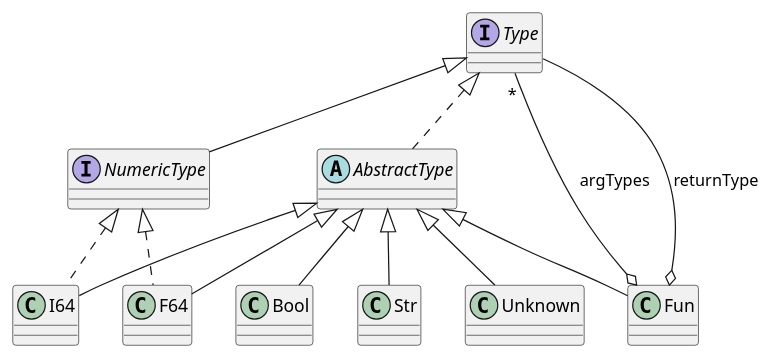
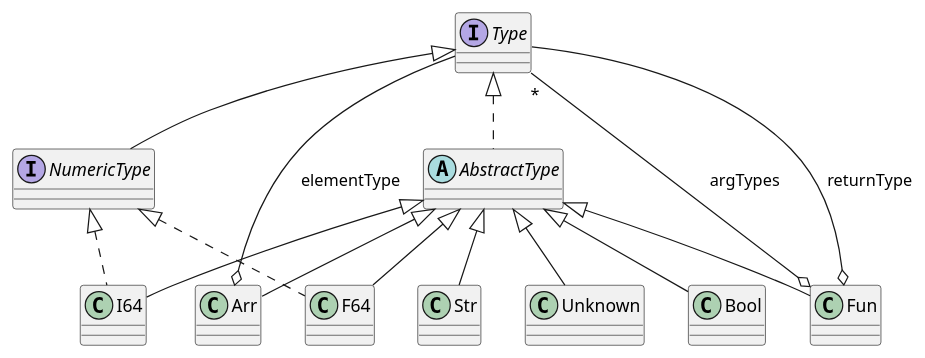
The diagram in docs/diagrams/Types.puml (dykstrom/jcc), drawn with PlantUML before and after one commit. The commit also changed 14 other files, not shown here.

```diff
--- a/docs/diagrams/Types.puml
+++ b/docs/diagrams/Types.puml
@@ -1,31 +1,35 @@
 @startuml
 
 interface Type
 interface NumericType
 
 abstract class AbstractType
 
+class Arr
 class Bool
 class F64
 class Fun
 class I64
 class Str
 class Unknown
 
 Type <|-- NumericType
 Type <|.. AbstractType
 
 NumericType <|.. F64
 NumericType <|.. I64
 
+AbstractType <|-- Arr
 AbstractType <|-- Bool
 AbstractType <|-- F64
 AbstractType <|-- Fun
 AbstractType <|-- I64
 AbstractType <|-- Str
 AbstractType <|-- Unknown
 
+Arr o-- Type : elementType
+
 Fun o-- "*" Type : argTypes
 Fun o-- Type : returnType
 
 @enduml
```
